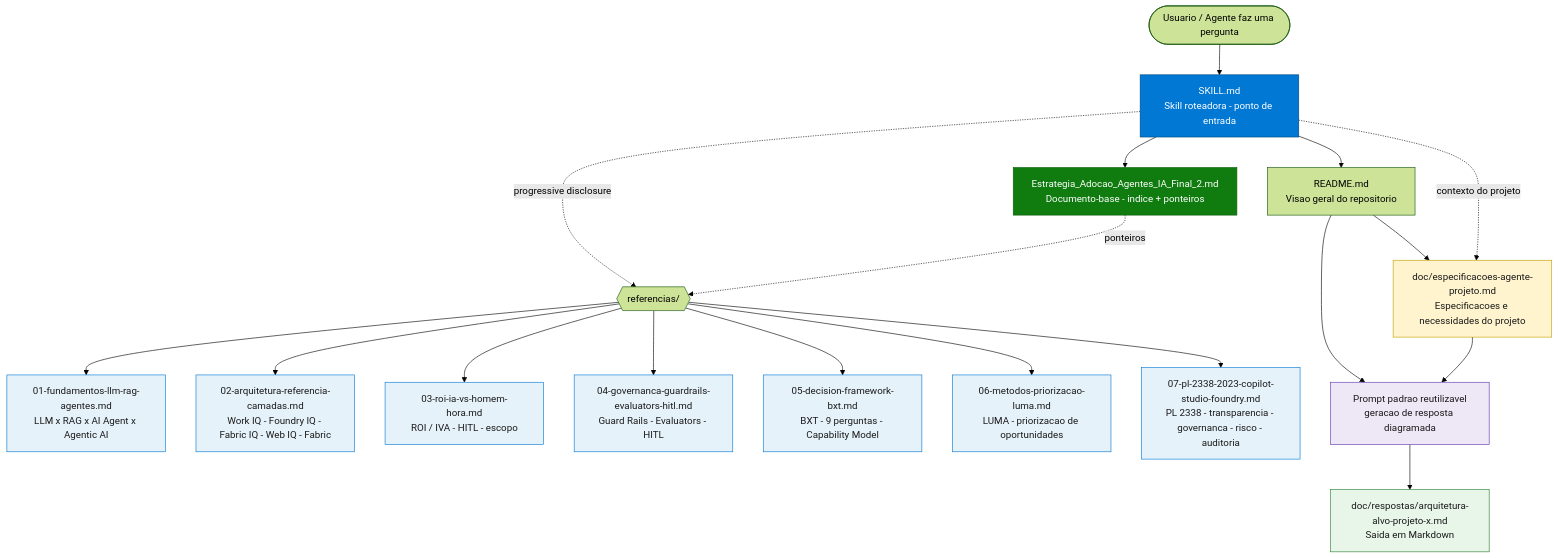
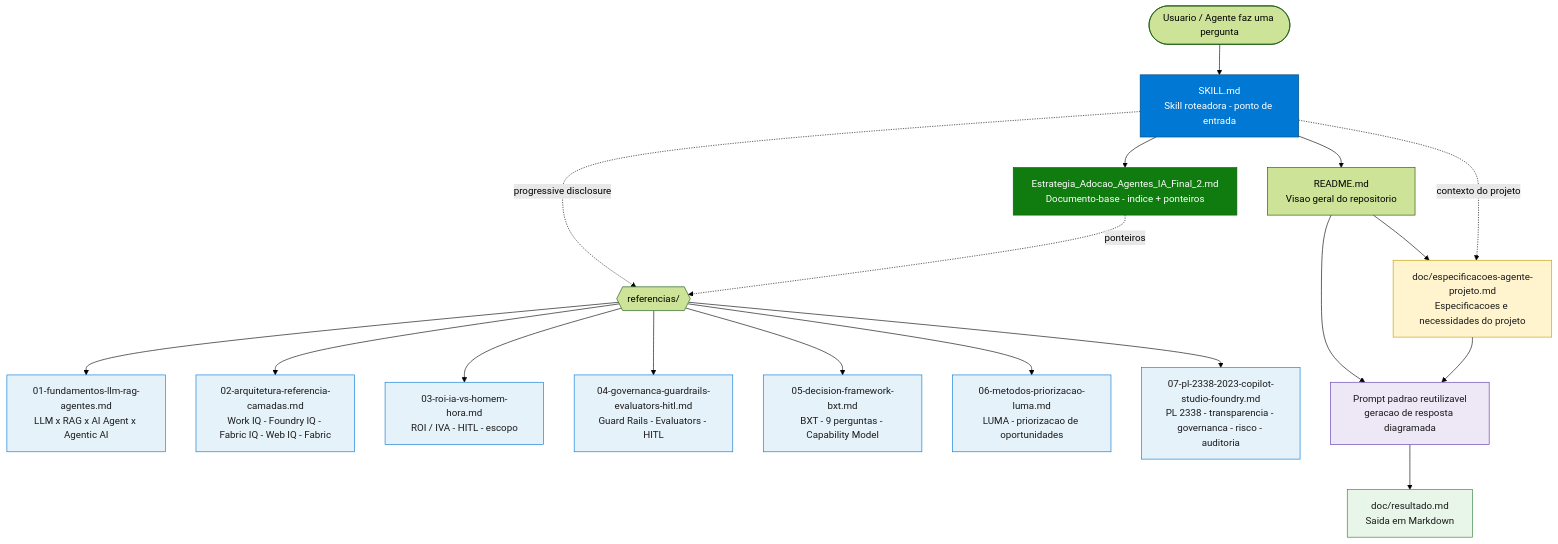
One commit to fabioharams/hubsp-ai-skill changed the first of 2 diagrams in README.md. Above: the diagram before and after it, drawn with Mermaid (forest theme). The commit also changed other lines of this file, not shown here.

Commit message:
ajustando inconsistencias de exemplos de prompt entre os arquivos

````diff
--- a/README.md
+++ b/README.md
@@ -37,36 +37,36 @@
 ```mermaid
 graph TD
     USER([Usuario / Agente faz uma pergunta]) --> SKILL[SKILL.md<br/>Skill roteadora - ponto de entrada]
     SKILL --> CANON[Estrategia_Adocao_Agentes_IA_Final_2.md<br/>Documento-base - indice + ponteiros]
 
     SKILL -. progressive disclosure .-> REF{{referencias/}}
     CANON -. ponteiros .-> REF
 
       REF --> R1[01-fundamentos-llm-rag-agentes.md<br/>LLM x RAG x AI Agent x Agentic AI]
       REF --> R2[02-arquitetura-referencia-camadas.md<br/>Work IQ - Foundry IQ - Fabric IQ - Web IQ - Fabric]
       REF --> R3[03-roi-ia-vs-homem-hora.md<br/>ROI / IVA - HITL - escopo]
       REF --> R4[04-governanca-guardrails-evaluators-hitl.md<br/>Guard Rails - Evaluators - HITL]
       REF --> R5[05-decision-framework-bxt.md<br/>BXT - 9 perguntas - Capability Model]
       REF --> R6[06-metodos-priorizacao-luma.md<br/>LUMA - priorizacao de oportunidades]
       REF --> R7[07-pl-2338-2023-copilot-studio-foundry.md<br/>PL 2338 - transparencia - governanca - risco - auditoria]
 
     SKILL --> README[README.md<br/>Visao geral do repositorio]
    README --> DOC[doc/especificacoes-agente-projeto.md<br/>Especificacoes e necessidades do projeto]
    SKILL -. contexto do projeto .-> DOC
    README --> PROMPT[Prompt padrao reutilizavel<br/>geracao de resposta diagramada]
    DOC --> PROMPT
-   PROMPT --> OUTMD[doc/respostas/arquitetura-alvo-projeto-x.md<br/>Saida em Markdown]
+   PROMPT --> OUTMD[doc/resultado.md<br/>Saida em Markdown]
 
     classDef entry fill:#0078D4,stroke:#004578,color:#fff;
     classDef canon fill:#107C10,stroke:#0B5A0B,color:#fff;
     classDef ref fill:#E6F2FA,stroke:#0078D4,color:#1a1a1a;
    classDef doc fill:#FFF4CE,stroke:#C19C00,color:#1a1a1a;
    classDef prompt fill:#EDE7F6,stroke:#5E35B1,color:#1a1a1a;
    classDef output fill:#E8F5E9,stroke:#2E7D32,color:#1a1a1a;
     class SKILL entry;
     class CANON canon;
    class R1,R2,R3,R4,R5,R6,R7 ref;
    class DOC doc;
    class PROMPT prompt;
    class OUTMD output;
 ```
````
